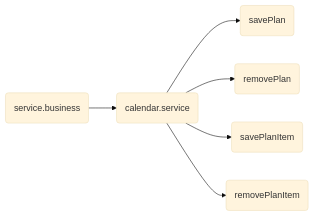
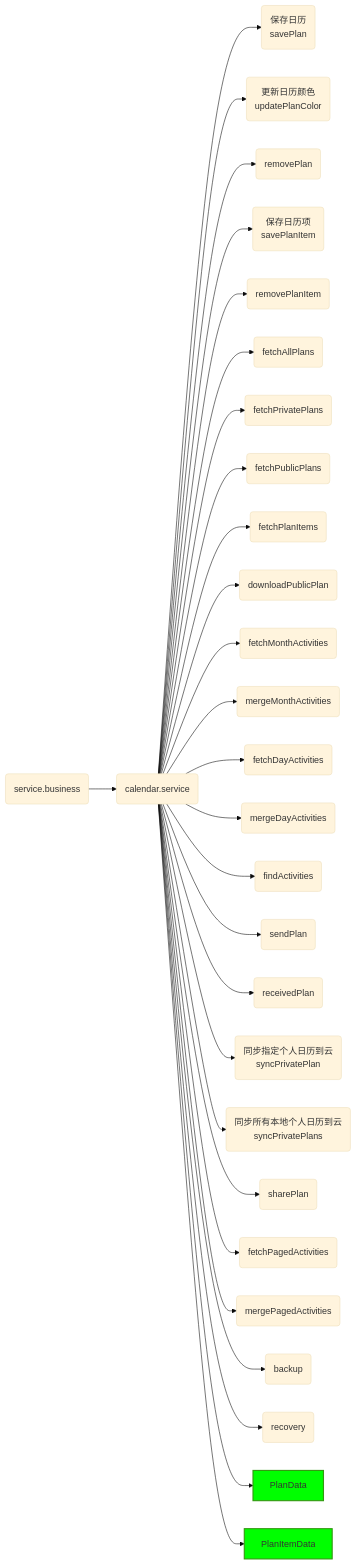
Before and after one commit to XJ-GTD/GTD2: the diagram in docs/design/service/calendar.service.md, drawn with Mermaid (base theme). The commit also changed 3 other files, not shown here.

````diff
--- a/docs/design/service/calendar.service.md
+++ b/docs/design/service/calendar.service.md
@@ -1,8 +1,32 @@
 ```mermaid
 graph LR;
+classDef datamap fill:#00ff00,stroke:#339911,stroke-width:2px;
 A(service.business) --> B(calendar.service);
-B --> B1(savePlan);
+B --> B1(保存日历<br/>savePlan);
+B --> B1-1(更新日历颜色<br/>updatePlanColor);
 B --> B2(removePlan);
-B --> B3(savePlanItem);
+B --> B3(保存日历项<br/>savePlanItem);
 B --> B4(removePlanItem);
+B --> B5(fetchAllPlans);
+B --> B6(fetchPrivatePlans);
+B --> B7(fetchPublicPlans);
+B --> B8(fetchPlanItems);
+B --> B9(downloadPublicPlan);
+B --> B10(fetchMonthActivities);
+B --> B11(mergeMonthActivities);
+B --> B12(fetchDayActivities);
+B --> B13(mergeDayActivities);
+B --> B14(findActivities);
+B --> B15(sendPlan);
+B --> B16(receivedPlan);
+B --> B17(同步指定个人日历到云<br/>syncPrivatePlan);
+B --> B18(同步所有本地个人日历到云<br/>syncPrivatePlans);
+B --> B19(sharePlan);
+B --> B20(fetchPagedActivities);
+B --> B21(mergePagedActivities);
+B --> B22(backup);
+B --> B23(recovery);
+B --> B99-1[PlanData];
+B --> B99-2[PlanItemData];
+class B99-1,B99-2 datamap;
 ```
````
